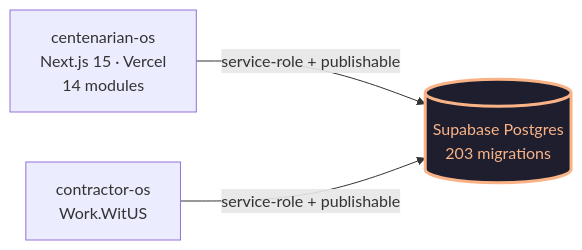
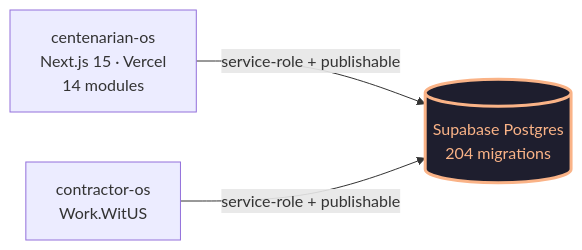
Before and after one commit to dapperAuteur/centenarian-os: the diagram in README.md, drawn with Mermaid. The commit also changed other lines of this file and 2 other files, not shown here.

````diff
--- a/README.md
+++ b/README.md
@@ -27,12 +27,12 @@
 ```mermaid
 flowchart LR
   classDef shared fill:#1e1e2e,stroke:#fab387,color:#fab387,stroke-width:3px
   classDef external fill:#11111b,stroke:#a6adc8,color:#a6adc8
 
   CentOS[centenarian-os<br/>Next.js 15 · Vercel<br/>14 modules]
   Contractor[contractor-os<br/>Work.WitUS]
-  DB[(Supabase Postgres<br/>203 migrations)]:::shared
+  DB[(Supabase Postgres<br/>204 migrations)]:::shared
 
   CentOS -->|service-role + publishable| DB
   Contractor -->|service-role + publishable| DB
 ```
````
